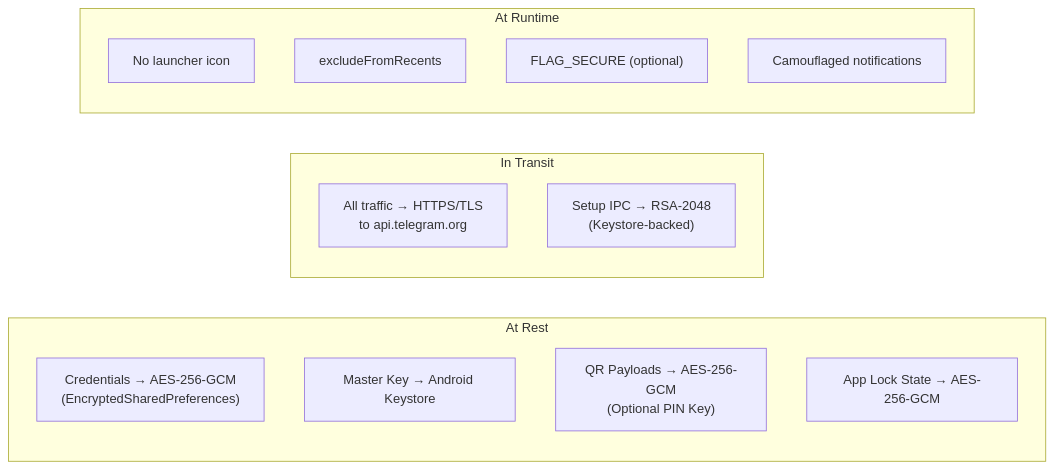
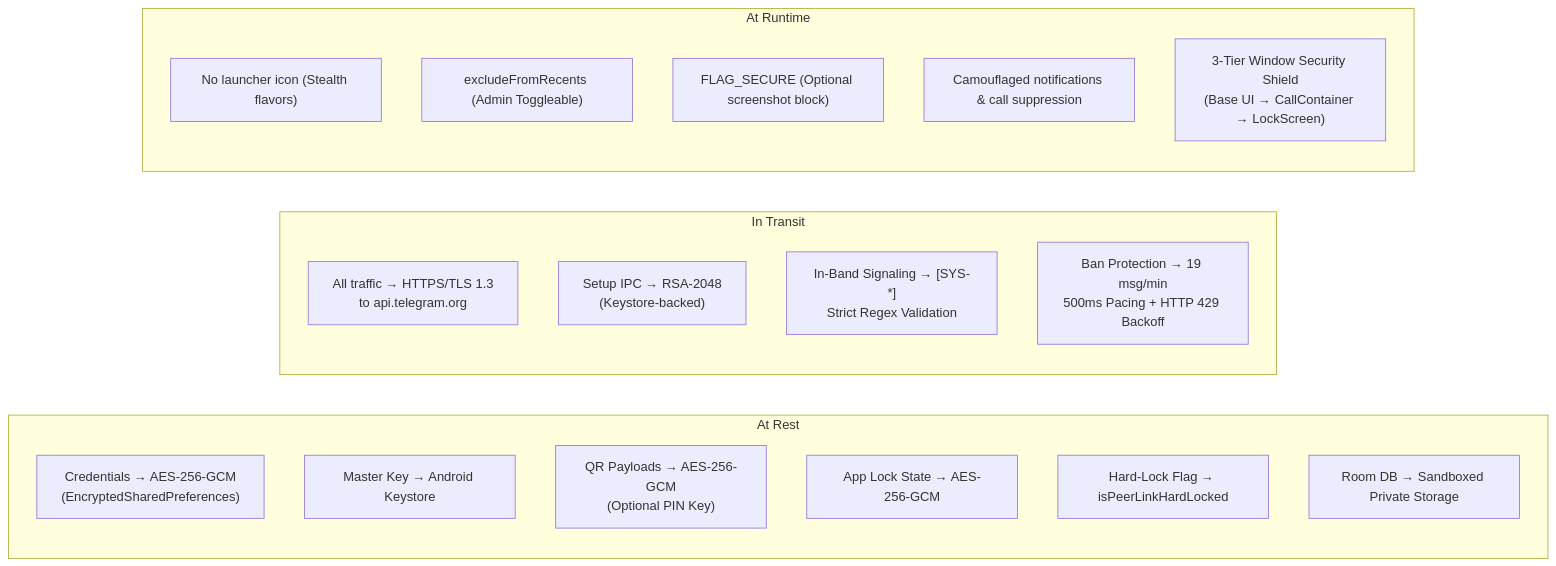
Before and after one commit to sandeshsahu/superiorchat: the sixth of 6 diagrams in docs/Architecture.md, drawn with Mermaid. The commit also changed other lines of this file and 20 other files, not shown here.

First line of the commit message:
Version 1.0.4 Documentation Overhaul, Dual-Mode Setup Guides, and Architecture Realignment

````diff
--- a/docs/Architecture.md
+++ b/docs/Architecture.md
@@ -354,21 +391,26 @@
 ```mermaid
 graph LR
     subgraph "At Rest"
         A1["Credentials → AES-256-GCM<br/>(EncryptedSharedPreferences)"]
         A2["Master Key → Android Keystore"]
         A3["QR Payloads → AES-256-GCM<br/>(Optional PIN Key)"]
         A4["App Lock State → AES-256-GCM"]
+        A5["Hard-Lock Flag → isPeerLinkHardLocked"]
+        A6["Room DB → Sandboxed Private Storage"]
     end
 
     subgraph "In Transit"
-        B1["All traffic → HTTPS/TLS<br/>to api.telegram.org"]
+        B1["All traffic → HTTPS/TLS 1.3<br/>to api.telegram.org"]
         B2["Setup IPC → RSA-2048<br/>(Keystore-backed)"]
+        B3["In-Band Signaling → [SYS-*]<br/>Strict Regex Validation"]
+        B4["Ban Protection → 19 msg/min<br/>500ms Pacing + HTTP 429 Backoff"]
     end
 
     subgraph "At Runtime"
-        C1["No launcher icon"]
-        C2["excludeFromRecents"]
-        C3["FLAG_SECURE (optional)"]
-        C4["Camouflaged notifications"]
+        C1["No launcher icon (Stealth flavors)"]
+        C2["excludeFromRecents (Admin Toggleable)"]
+        C3["FLAG_SECURE (Optional screenshot block)"]
+        C4["Camouflaged notifications & call suppression"]
+        C5["3-Tier Window Security Shield<br/>(Base UI → CallContainer → LockScreen)"]
     end
 ```
````
